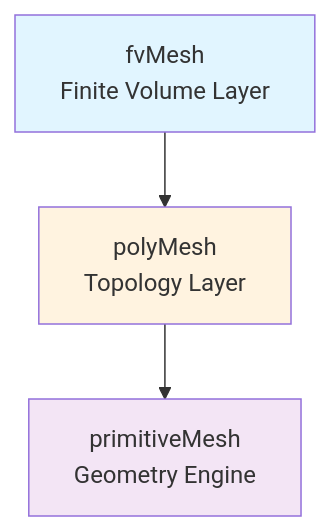
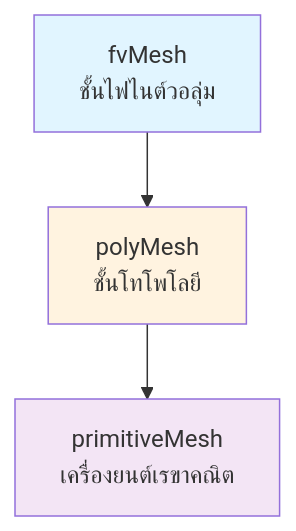
One commit to wramet/build-my-cfd changed the diagram in MODULE_05_OPENFOAM_PROGRAMMING/CONTENT/04_MESH_CLASSES/01_Introduction.md. Above: the diagram before and after it, drawn with Mermaid. The commit also changed other lines of this file and 104 other files, not shown here.

````diff
--- a/MODULE_05_OPENFOAM_PROGRAMMING/CONTENT/04_MESH_CLASSES/01_Introduction.md
+++ b/MODULE_05_OPENFOAM_PROGRAMMING/CONTENT/04_MESH_CLASSES/01_Introduction.md
@@ -47,9 +47,9 @@
 ```mermaid
 flowchart TD
-    A[fvMesh<br/>Finite Volume Layer] --> B[polyMesh<br/>Topology Layer]
-    B --> C[primitiveMesh<br/>Geometry Engine]
+    A[fvMesh<br/>ชั้นไฟไนต์วอลุ่ม] --> B[polyMesh<br/>ชั้นโทโพโลยี]
+    B --> C[primitiveMesh<br/>เครื่องยนต์เรขาคณิต]
 
     style A fill:#e1f5ff
     style B fill:#fff3e0
     style C fill:#f3e5f5
 ```
````
